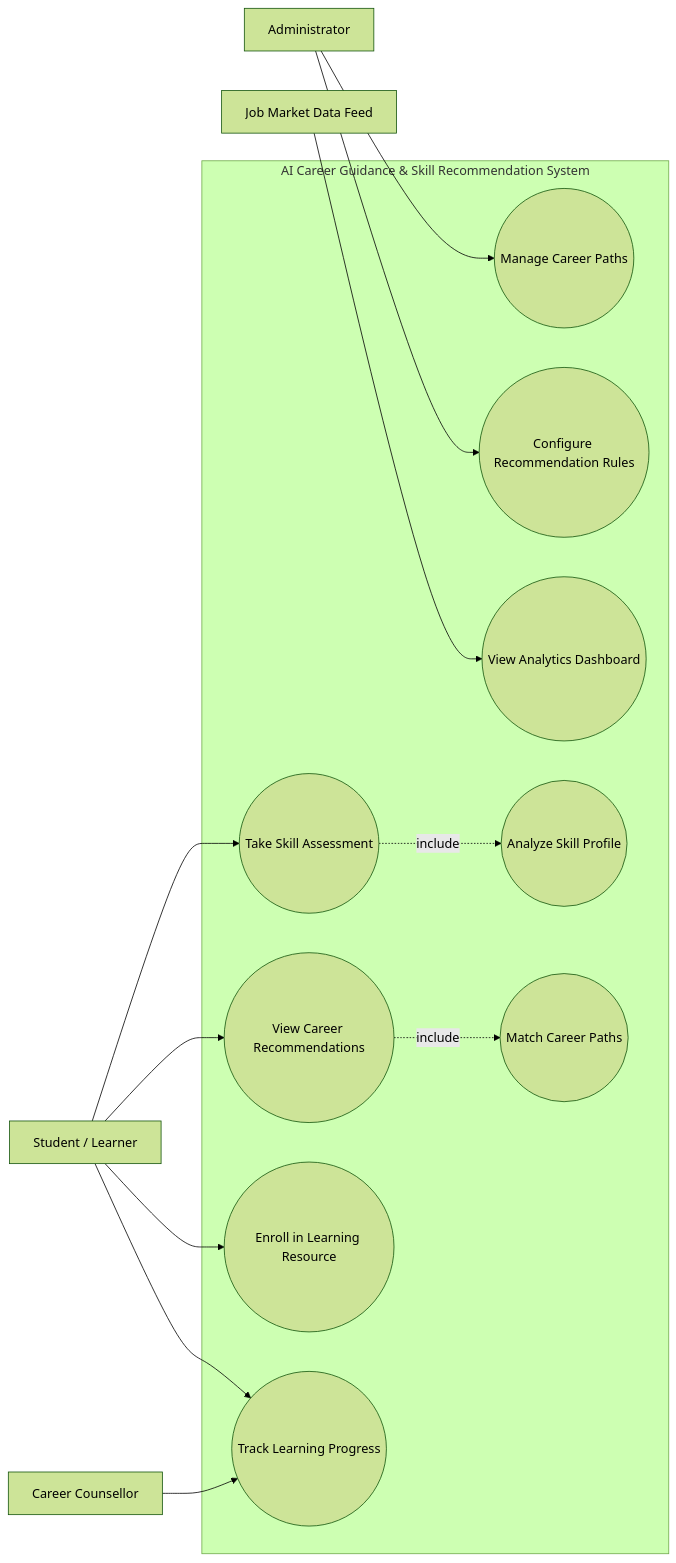
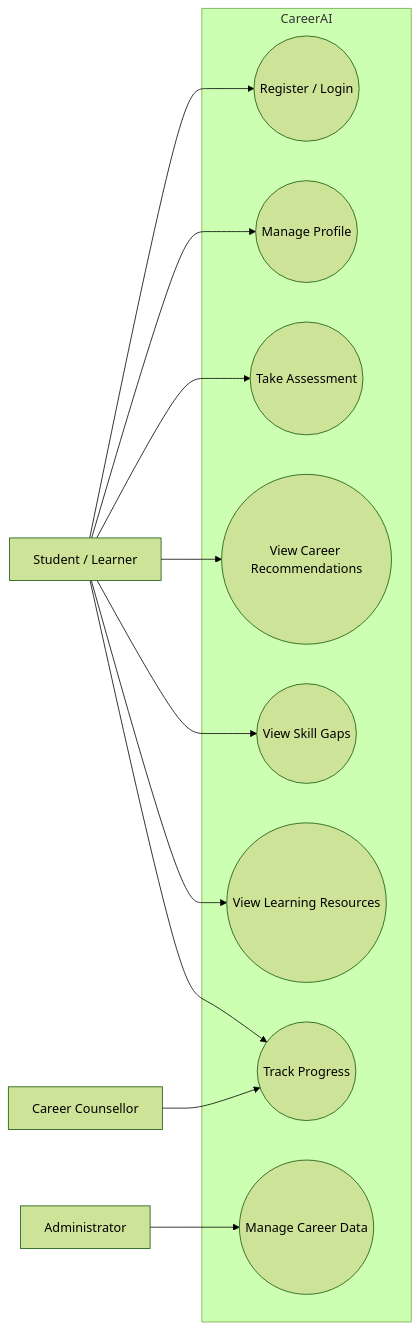
The second of 8 diagrams in README.md (Aditi2512Gupta/CareerAI), drawn with Mermaid (forest theme) before and after one commit. The commit also changed other lines of this file, not shown here.

Commit message:
Fix Mermaid diagrams in README

````diff
--- a/README.md
+++ b/README.md
@@ -71,30 +71,27 @@
 ```mermaid
-flowchart LR
+graph LR
     Student[Student / Learner]
     Admin[Administrator]
-    Counselor[Career Counsellor]
-    Market[Job Market Data Feed]
+    Counsellor[Career Counsellor]
 
-    subgraph System[AI Career Guidance & Skill Recommendation System]
-        A((Take Skill Assessment))
-        B((View Career Recommendations))
-        C((Enroll in Learning Resource))
-        D((Track Learning Progress))
-        E((Manage Career Paths))
-        F((Configure Recommendation Rules))
-        G((View Analytics Dashboard))
-        H((Analyze Skill Profile))
-        I((Match Career Paths))
+    subgraph CareerAI
+        UC1((Register / Login))
+        UC2((Manage Profile))
+        UC3((Take Assessment))
+        UC4((View Career Recommendations))
+        UC5((View Skill Gaps))
+        UC6((View Learning Resources))
+        UC7((Track Progress))
+        UC8((Manage Career Data))
     end
 
-    Student --> A
-    Student --> B
-    Student --> C
-    Student --> D
-    Counselor --> D
-    Admin --> E
-    Admin --> F
-    Market --> G
-    A -.->|include| H
-    B -.->|include| I
+    Student --> UC1
+    Student --> UC2
+    Student --> UC3
+    Student --> UC4
+    Student --> UC5
+    Student --> UC6
+    Student --> UC7
+    Admin --> UC8
+    Counsellor --> UC7
 ```
````
